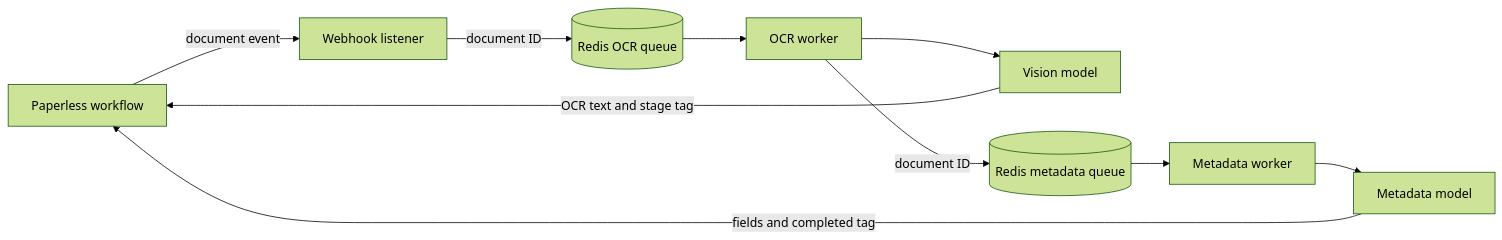
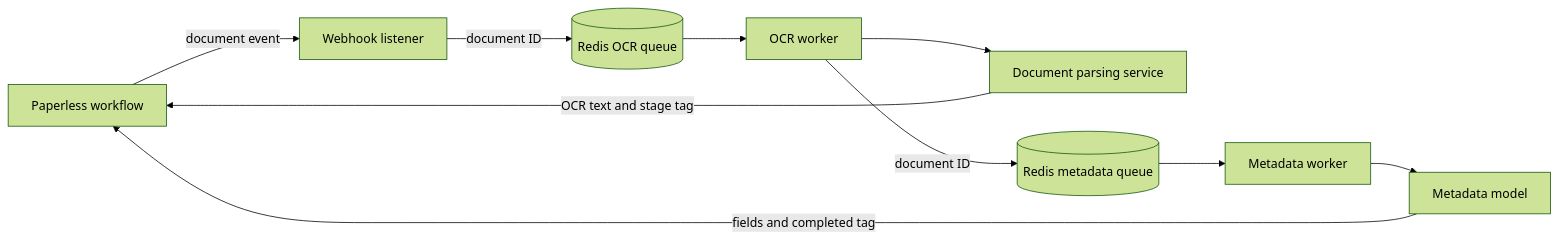
Before and after one commit to Enucatl/docker-paperless-ai: the first of 2 diagrams in docs/deep-dive.md, drawn with Mermaid (forest theme). The commit also changed other lines of this file and 32 other files, not shown here.

````diff
--- a/docs/deep-dive.md
+++ b/docs/deep-dive.md
@@ -43,12 +45,12 @@
 ```mermaid
 flowchart LR
     P[Paperless workflow] -->|document event| W[Webhook listener]
     W -->|document ID| OQ[(Redis OCR queue)]
     OQ --> OW[OCR worker]
-    OW --> VM[Vision model]
+    OW --> VM[Document parsing service]
     VM -->|OCR text and stage tag| P
     OW -->|document ID| MQ[(Redis metadata queue)]
     MQ --> MW[Metadata worker]
     MW --> TM[Metadata model]
     TM -->|fields and completed tag| P
 ```
````
